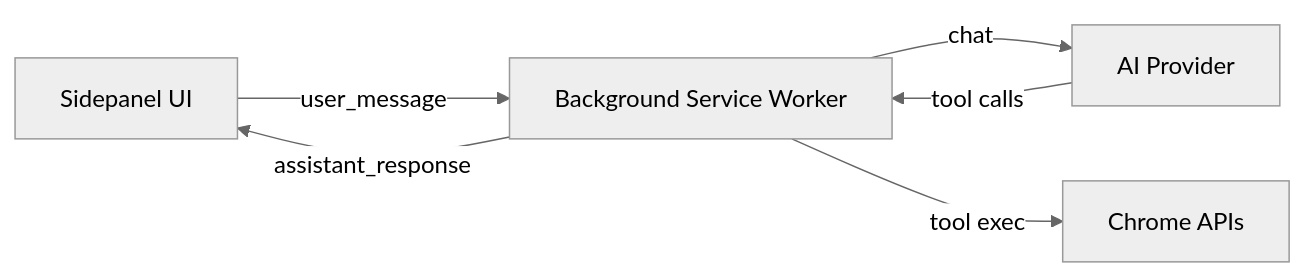
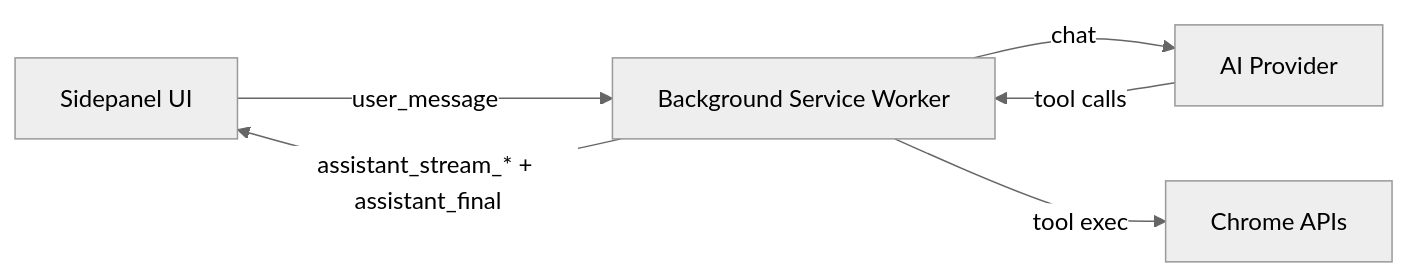
One commit to Emansecio/Glide changed the first of 2 diagrams in README.md. Above: the diagram before and after it, drawn with Mermaid (neutral theme). The commit also changed other lines of this file and 7 other files, not shown here.

Commit message:
fix: stabilize automation flow and model source handling

````diff
--- a/README.md
+++ b/README.md
@@ -14,8 +14,8 @@
 ```mermaid
 flowchart LR
   UI[Sidepanel UI] -->|user_message| BG[Background Service Worker]
   BG -->|chat| LLM[AI Provider]
   LLM -->|tool calls| BG
   BG -->|tool exec| Browser[Chrome APIs]
-  BG -->|assistant_response| UI
+  BG -->|assistant_stream_* + assistant_final| UI
 ```
````
